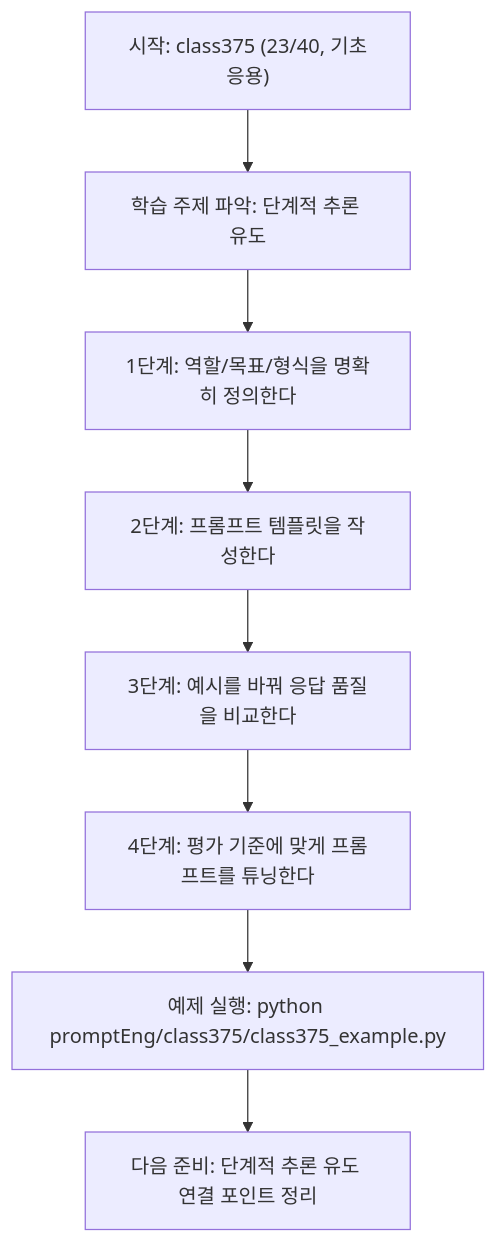
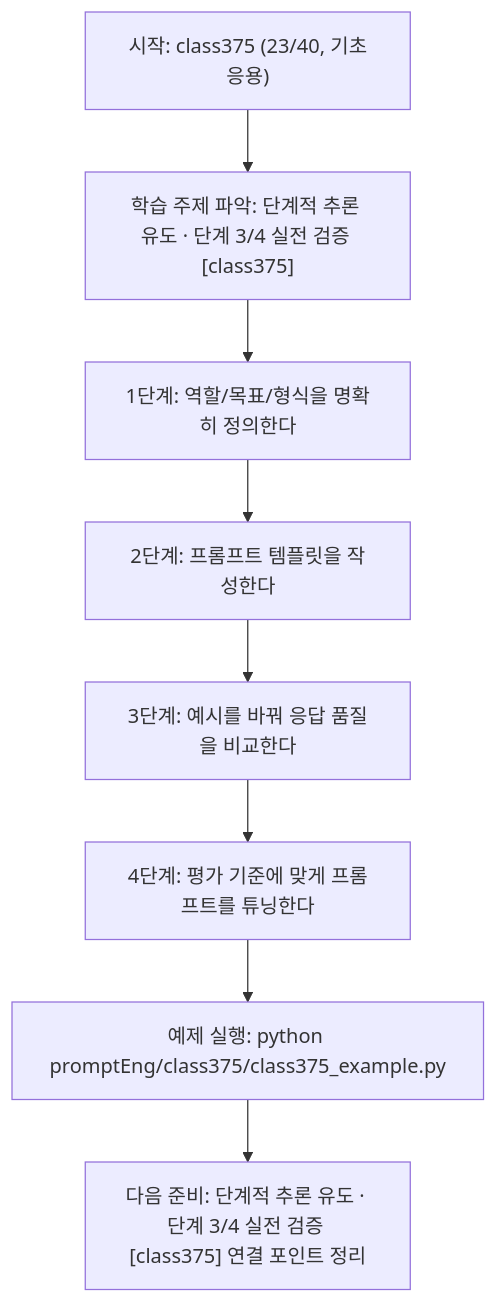
Before and after one commit to edumgt/Python-AI_Agent-Class: the diagram in promptEng/class375/class375.md, drawn with Mermaid. The commit also changed other lines of this file and 522 other files, not shown here.

````diff
--- a/promptEng/class375/class375.md
+++ b/promptEng/class375/class375.md
@@ -109,18 +110,18 @@
 ```mermaid
 flowchart TD
 N1["시작: class375 (23/40, 기초응용)"]
-N2["학습 주제 파악: 단계적 추론 유도"]
+N2["학습 주제 파악: 단계적 추론 유도 · 단계 3/4 실전 검증 [class375]"]
 N3["1단계: 역할/목표/형식을 명확히 정의한다"]
 N4["2단계: 프롬프트 템플릿을 작성한다"]
 N5["3단계: 예시를 바꿔 응답 품질을 비교한다"]
 N6["4단계: 평가 기준에 맞게 프롬프트를 튜닝한다"]
 N7["예제 실행: python promptEng/class375/class375_example.py"]
-N8["다음 준비: 단계적 추론 유도 연결 포인트 정리"]
+N8["다음 준비: 단계적 추론 유도 · 단계 3/4 실전 검증 [class375] 연결 포인트 정리"]
 N1 --> N2
 N2 --> N3
 N3 --> N4
 N4 --> N5
 N5 --> N6
 N6 --> N7
 N7 --> N8
 ```
````
